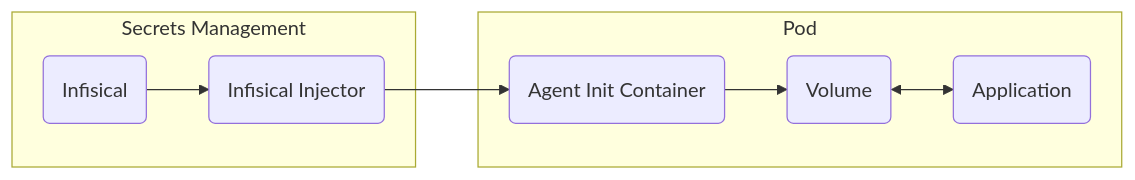
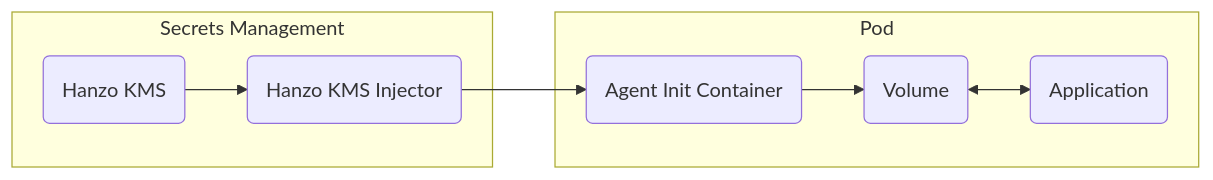
One commit to hanzoai/kms changed the diagram in docs/integrations/platforms/kubernetes-injector.mdx. Above: the diagram before and after it, drawn with Mermaid. The commit also changed other lines of this file and 927 other files, not shown here.

First line of the commit message:
feat: complete Hanzo KMS rebranding across upstream merge

````diff
--- a/docs/integrations/platforms/kubernetes-injector.mdx
+++ b/docs/integrations/platforms/kubernetes-injector.mdx
@@ -17,13 +17,13 @@
 ```mermaid
 flowchart LR
     subgraph Secrets Management
-        SS(Infisical) --> INJ(Infisical Injector)
+        SS(Hanzo KMS) --> INJ(Hanzo KMS Injector)
     end
 
     subgraph Pod
         INJ --> INIT(Agent Init Container)
         INIT --> V(Volume)
         V <--> P(Application)
     end
     
 ```
````
